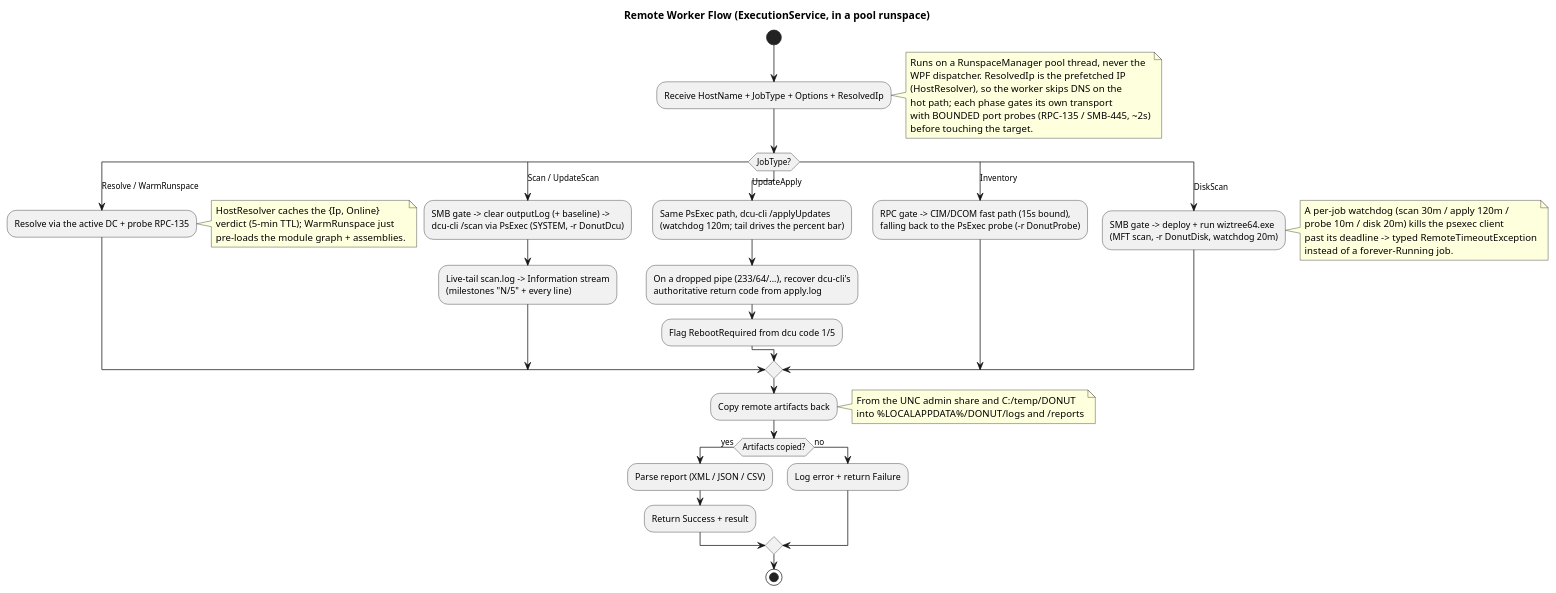
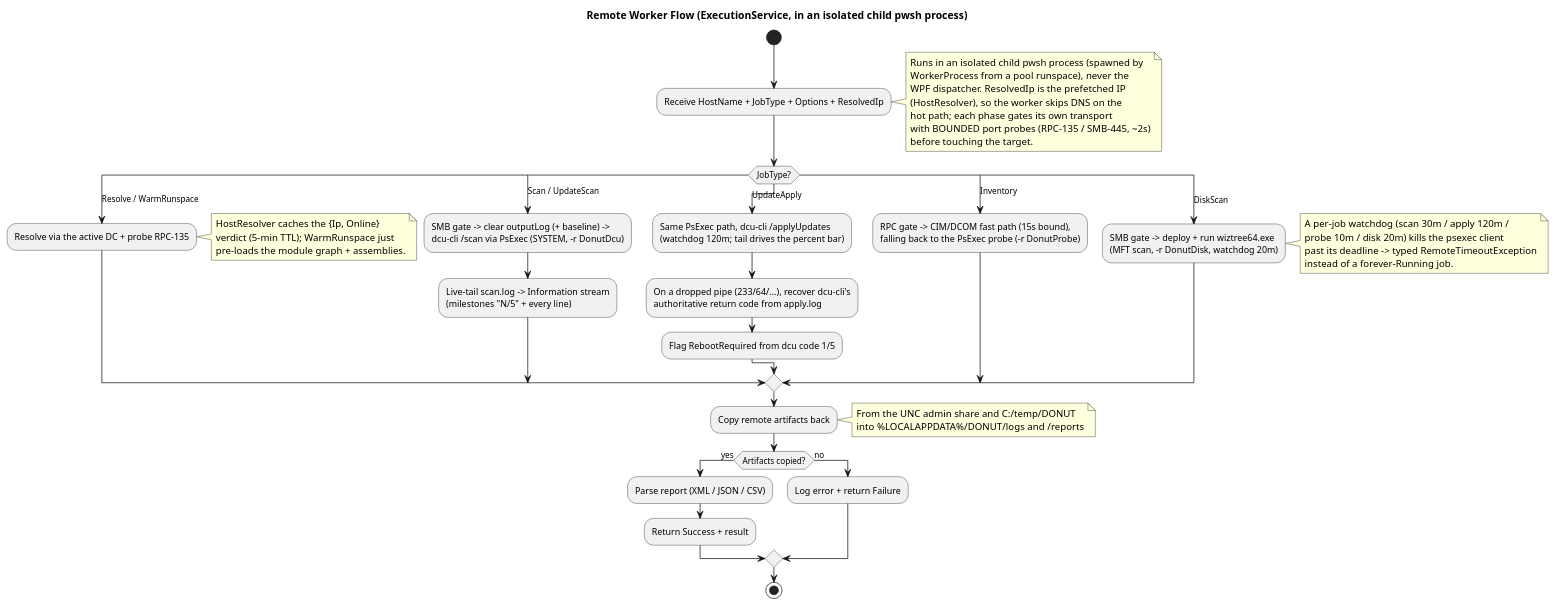
The diagram in docs/diagrams/activity_diagram.puml (Danial-Changez/DONUT), drawn with PlantUML before and after one commit. The commit also changed 9 other files, not shown here.

First line of the commit message:
docs: resync docs + diagrams with the code (status filter removed, worker isolation)

```diff
--- a/docs/diagrams/activity_diagram.puml
+++ b/docs/diagrams/activity_diagram.puml
@@ -1,53 +1,54 @@
 @startuml activity_diagram
-title Remote Worker Flow (ExecutionService, in a pool runspace)
+title Remote Worker Flow (ExecutionService, in an isolated child pwsh process)
 
 start
 :Receive HostName + JobType + Options + ResolvedIp;
 note right
-  Runs on a RunspaceManager pool thread, never the
+  Runs in an isolated child pwsh process (spawned by
+  WorkerProcess from a pool runspace), never the
   WPF dispatcher. ResolvedIp is the prefetched IP
   (HostResolver), so the worker skips DNS on the
   hot path; each phase gates its own transport
   with BOUNDED port probes (RPC-135 / SMB-445, ~2s)
   before touching the target.
 end note
 
 switch (JobType?)
 case (Resolve / WarmRunspace)
     :Resolve via the active DC + probe RPC-135;
     note right: HostResolver caches the {Ip, Online}\nverdict (5-min TTL); WarmRunspace just\npre-loads the module graph + assemblies.
 case (Scan / UpdateScan)
     :SMB gate -> clear outputLog (+ baseline) ->\ndcu-cli /scan via PsExec (SYSTEM, -r DonutDcu);
     :Live-tail scan.log -> Information stream\n(milestones "N/5" + every line);
 case (UpdateApply)
     :Same PsExec path, dcu-cli /applyUpdates\n(watchdog 120m; tail drives the percent bar);
     :On a dropped pipe (233/64/...), recover dcu-cli's
     authoritative return code from apply.log;
     :Flag RebootRequired from dcu code 1/5;
 case (Inventory)
     :RPC gate -> CIM/DCOM fast path (15s bound),\nfalling back to the PsExec probe (-r DonutProbe);
 case (DiskScan)
     :SMB gate -> deploy + run wiztree64.exe\n(MFT scan, -r DonutDisk, watchdog 20m);
 endswitch
 note right
   A per-job watchdog (scan 30m / apply 120m /
   probe 10m / disk 20m) kills the psexec client
   past its deadline -> typed RemoteTimeoutException
   instead of a forever-Running job.
 end note
 
 :Copy remote artifacts back;
 note right
   From the UNC admin share and C:/temp/DONUT
   into %LOCALAPPDATA%/DONUT/logs and /reports
 end note
 
 if (Artifacts copied?) then (yes)
     :Parse report (XML / JSON / CSV);
     :Return Success + result;
 else (no)
     :Log error + return Failure;
 endif
 
 stop
 @enduml
```
